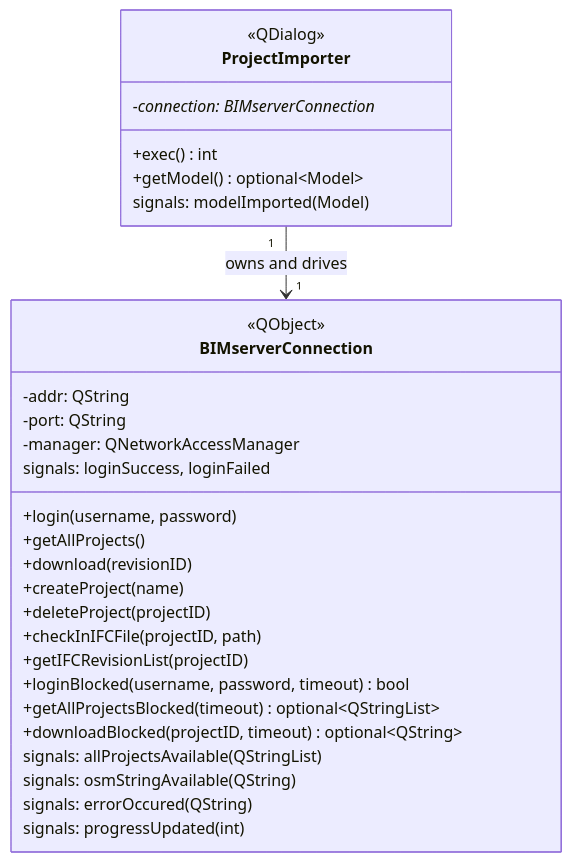
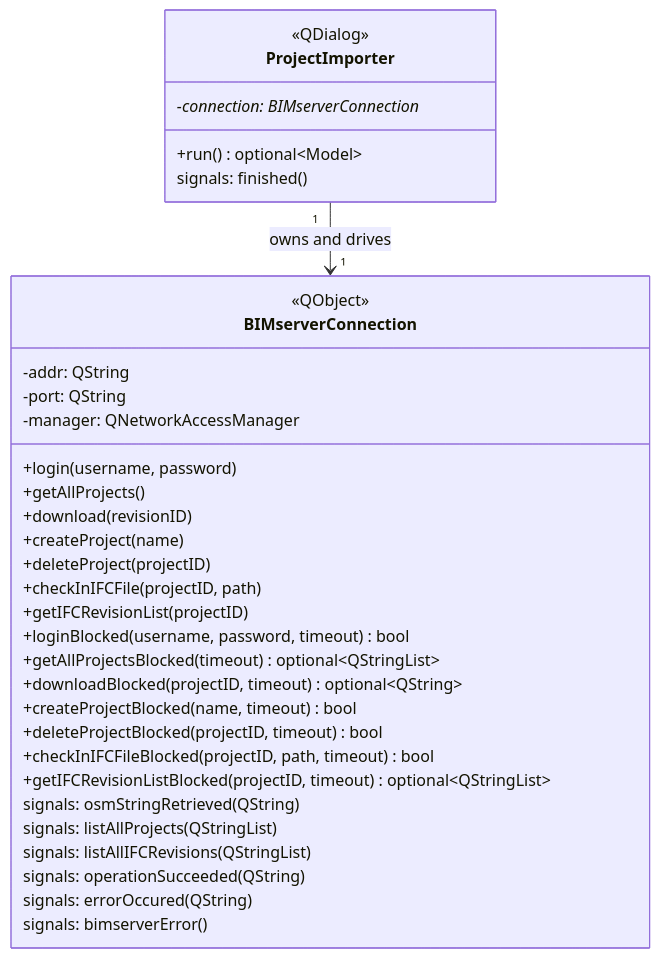
Before and after one commit to openstudiocoalition/OpenStudioApplication: the first of 2 diagrams in developer/doc/libraries/bimserver.md, drawn with Mermaid. The commit also changed other lines of this file and 10 other files, not shown here.

````diff
--- a/developer/doc/libraries/bimserver.md
+++ b/developer/doc/libraries/bimserver.md
@@ -23,33 +23,37 @@
 ```mermaid
 classDiagram
   class BIMserverConnection {
     <<QObject>>
     -addr: QString
     -port: QString
     -manager: QNetworkAccessManager
     +login(username, password)
     +getAllProjects()
     +download(revisionID)
     +createProject(name)
     +deleteProject(projectID)
     +checkInIFCFile(projectID, path)
     +getIFCRevisionList(projectID)
     +loginBlocked(username, password, timeout) bool
     +getAllProjectsBlocked(timeout) optional~QStringList~
     +downloadBlocked(projectID, timeout) optional~QString~
-    signals: loginSuccess, loginFailed
-    signals: allProjectsAvailable(QStringList)
-    signals: osmStringAvailable(QString)
+    +createProjectBlocked(name, timeout) bool
+    +deleteProjectBlocked(projectID, timeout) bool
+    +checkInIFCFileBlocked(projectID, path, timeout) bool
+    +getIFCRevisionListBlocked(projectID, timeout) optional~QStringList~
+    signals: osmStringRetrieved(QString)
+    signals: listAllProjects(QStringList)
+    signals: listAllIFCRevisions(QStringList)
+    signals: operationSucceeded(QString)
     signals: errorOccured(QString)
-    signals: progressUpdated(int)
+    signals: bimserverError()
   }
   class ProjectImporter {
     <<QDialog>>
     -connection: BIMserverConnection*
-    +exec() int
-    +getModel() optional~Model~
-    signals: modelImported(Model)
+    +run() optional~Model~
+    signals: finished()
   }
 
   ProjectImporter "1" --> "1" BIMserverConnection : owns and drives
 ```
````
